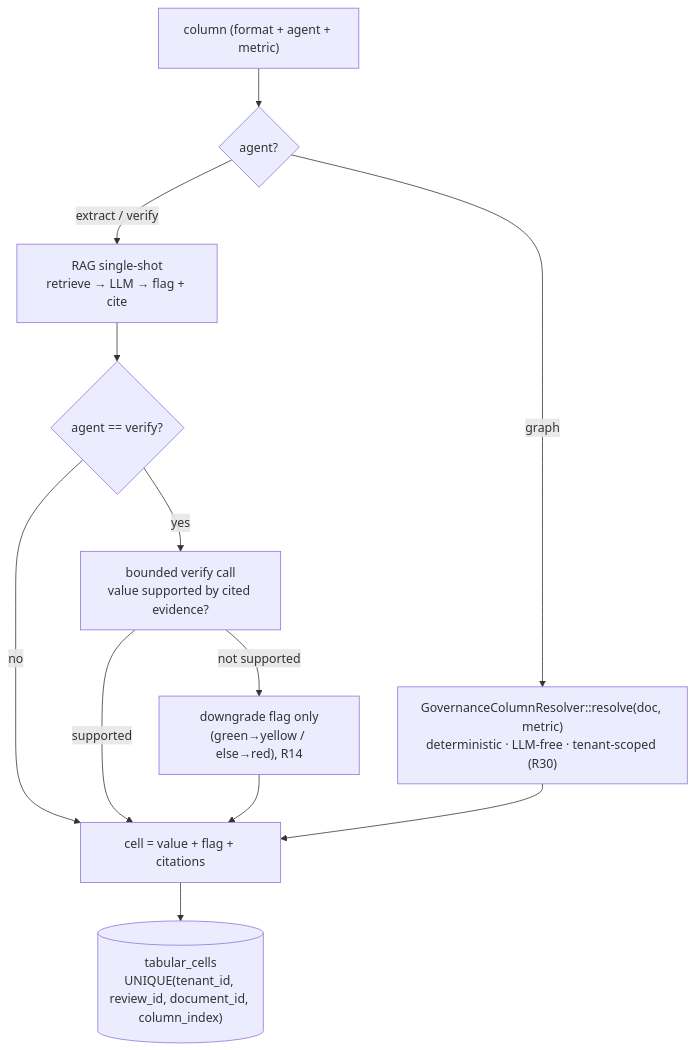
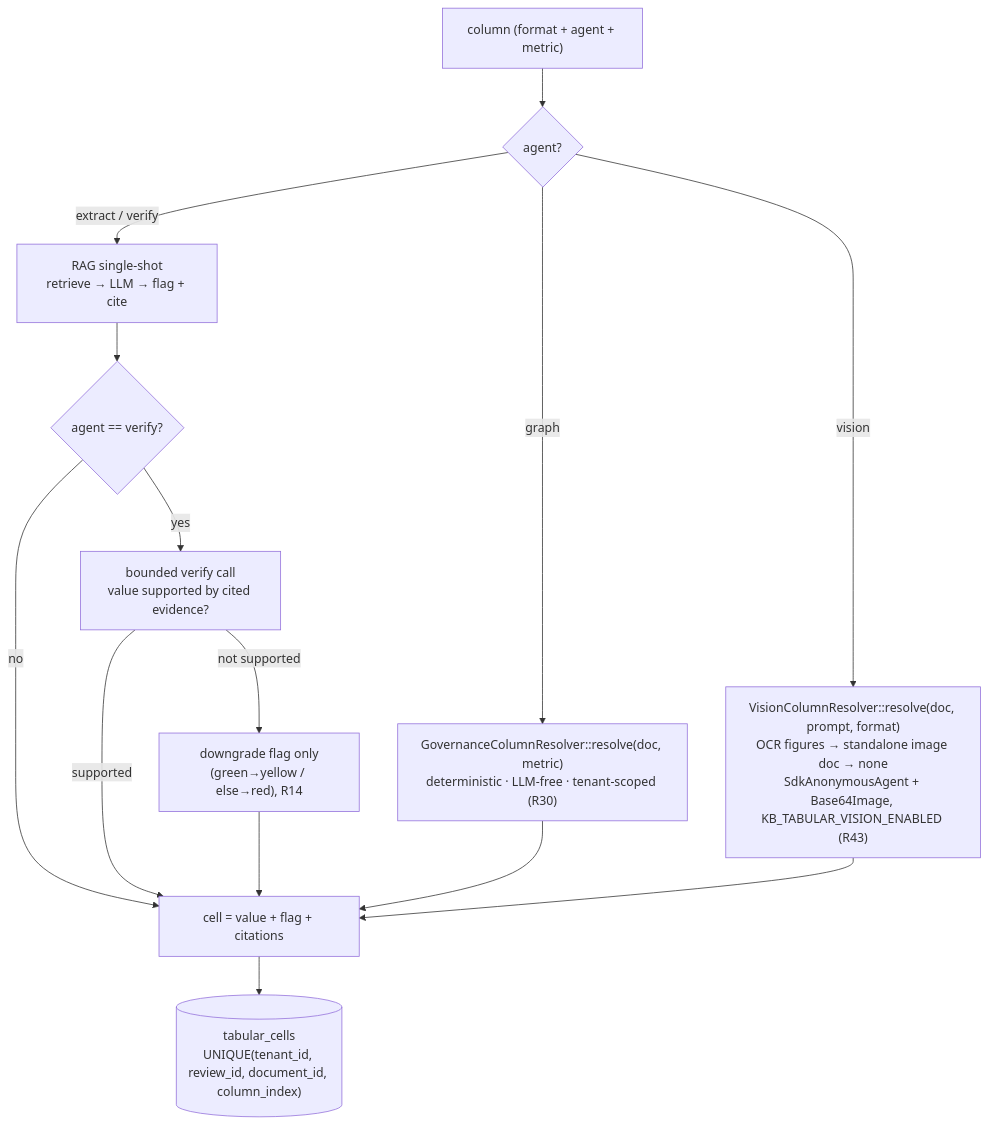
One commit to lopadova/AskMyDocs changed the diagram in docs-site/agentic-knowledge-reports.mdx. Above: the diagram before and after it, drawn with Mermaid. The commit also changed other lines of this file, not shown here.

First line of the commit message:
docs: vision columns in Agentic Knowledge Reports guide (R45, ADR 0034)

````diff
--- a/docs-site/agentic-knowledge-reports.mdx
+++ b/docs-site/agentic-knowledge-reports.mdx
@@ -74,14 +88,16 @@
 ```mermaid
 flowchart TD
     COL["column (format + agent + metric)"] --> ROUTER{agent?}
     ROUTER -->|graph| RESOLVER["GovernanceColumnResolver::resolve(doc, metric)<br/>deterministic · LLM-free · tenant-scoped (R30)"]
+    ROUTER -->|vision| VISION["VisionColumnResolver::resolve(doc, prompt, format)<br/>OCR figures → standalone image doc → none<br/>SdkAnonymousAgent + Base64Image, KB_TABULAR_VISION_ENABLED (R43)"]
     ROUTER -->|extract / verify| RAG["RAG single-shot<br/>retrieve → LLM → flag + cite"]
     RAG --> VERIFY{agent == verify?}
     VERIFY -->|no| CELL["cell = value + flag + citations"]
     VERIFY -->|yes| CHECK["bounded verify call<br/>value supported by cited evidence?"]
     CHECK -->|supported| CELL
     CHECK -->|not supported| DOWN["downgrade flag only<br/>(green→yellow / else→red), R14"]
     DOWN --> CELL
     RESOLVER --> CELL
+    VISION --> CELL
     CELL --> UPSERT[("tabular_cells<br/>UNIQUE(tenant_id, review_id, document_id, column_index)")]
 ```
````
